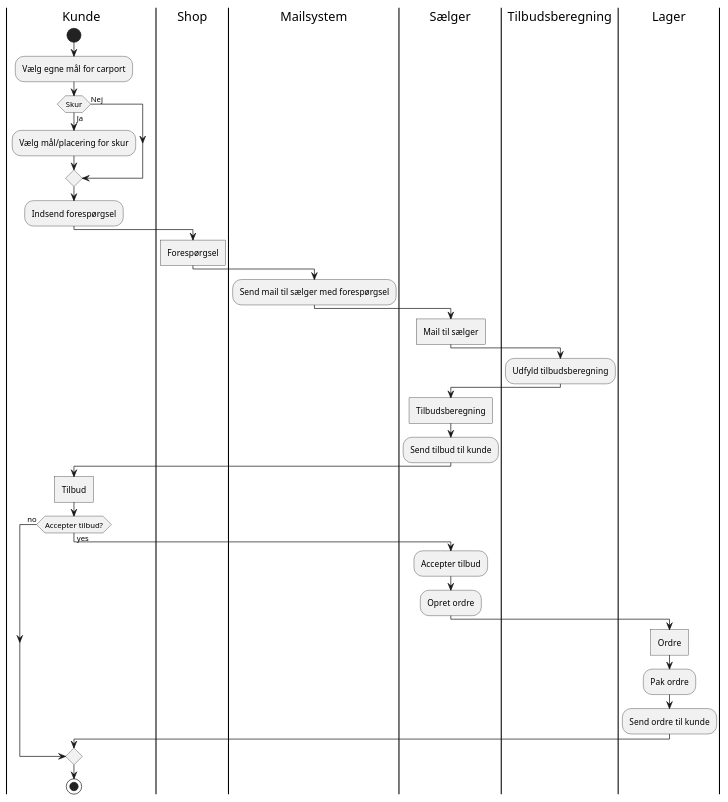
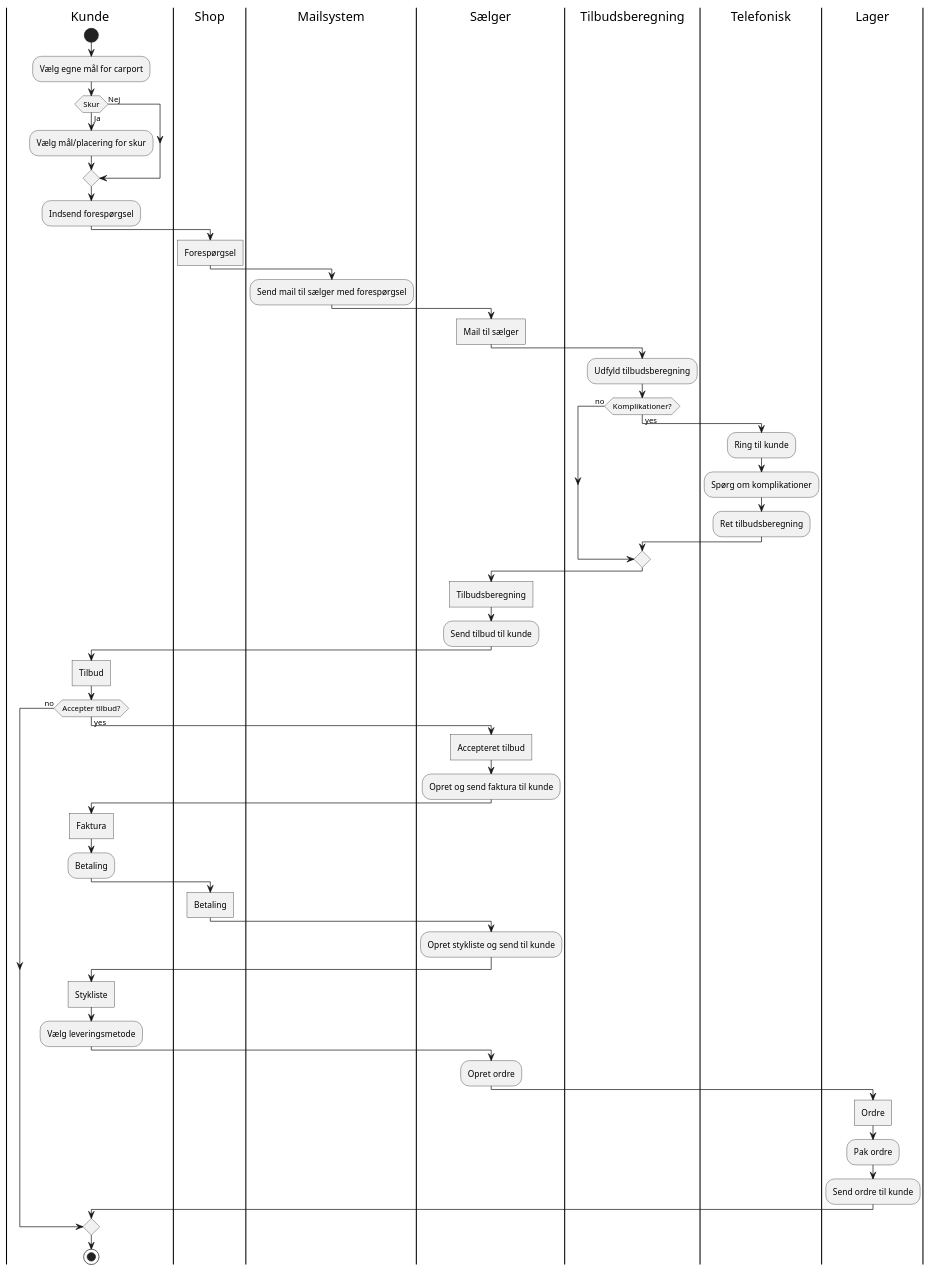
One commit to mbm1337/Carport changed the diagram in models/aktivitetsdiagram.puml. Above: the diagram before and after it, drawn with PlantUML.

```diff
--- a/models/aktivitetsdiagram.puml
+++ b/models/aktivitetsdiagram.puml
@@ -1,42 +1,62 @@
 @startuml
 'https://plantuml.com/activity-diagram-beta
 
 
 |Kunde|
 start
 :Vælg egne mål for carport;
 if(Skur) then (Ja)
 :Vælg mål/placering for skur;
 else (Nej)
 endif
 :Indsend forespørgsel;
 |Shop|
 :Forespørgsel]
 |Mailsystem|
 :Send mail til sælger med forespørgsel;
 |Sælger|
 :Mail til sælger]
 |Tilbudsberegning|
 :Udfyld tilbudsberegning;
+if (Komplikationer?) is (yes) then
+|Telefonisk|
+:Ring til kunde;
+:Spørg om komplikationer;
+:Ret tilbudsberegning;
+else (no)
+endif
 |Sælger|
 :Tilbudsberegning]
 :Send tilbud til kunde;
 |Kunde|
 :Tilbud]
 if (Accepter tilbud?) is (yes) then
 |Sælger|
-:Accepter tilbud;
+:Accepteret tilbud]
+:Opret og send faktura til kunde;
+|Kunde|
+:Faktura]
+:Betaling;
+|Shop|
+:Betaling]
+|Sælger|
+:Opret stykliste og send til kunde;
+
+|Kunde|
+:Stykliste]
+:Vælg leveringsmetode;
+|Sælger|
 :Opret ordre;
 |Lager|
 :Ordre]
 :Pak ordre;
 :Send ordre til kunde;
 else (no)
 endif
 
 |Kunde|
 stop
 
 
 
 @enduml
```
